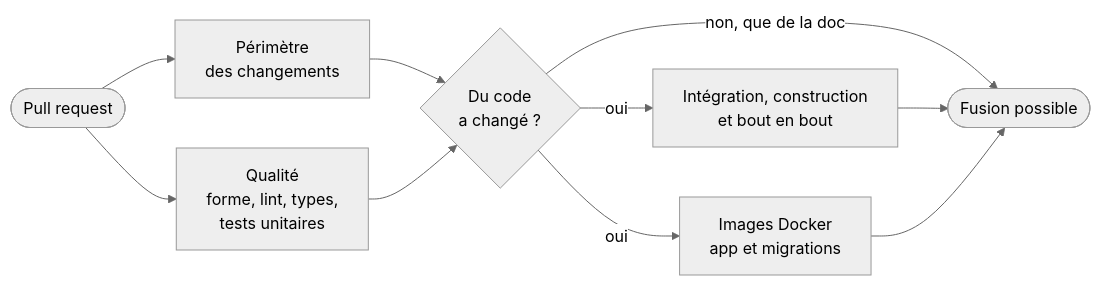
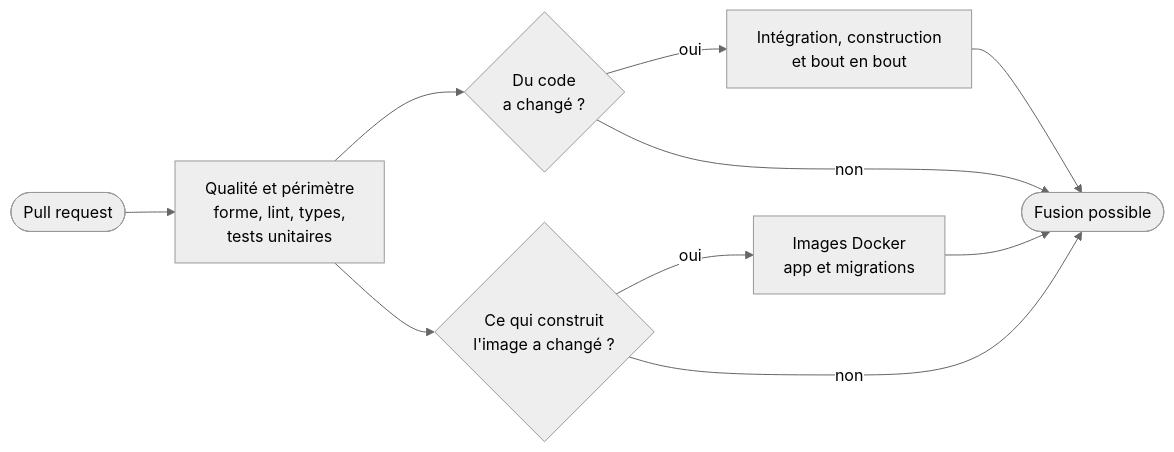
Before and after one commit to romainPerso/praxora-public: the diagram in methode/integration-continue.md, drawn with Mermaid (neutral theme). The commit also changed other lines of this file and 2 other files, not shown here.

````diff
--- a/methode/integration-continue.md
+++ b/methode/integration-continue.md
@@ -21,12 +28,12 @@
 ```mermaid
 flowchart LR
-  PR([Pull request]) --> P[Périmètre<br/>des changements]
-  PR --> Q[Qualité<br/>forme, lint, types,<br/>tests unitaires]
-  P --> B{Du code<br/>a changé ?}
-  Q --> B
+  PR([Pull request]) --> Q[Qualité et périmètre<br/>forme, lint, types,<br/>tests unitaires]
+  Q --> B{Du code<br/>a changé ?}
+  Q --> D{Ce qui construit<br/>l'image a changé ?}
   B -- oui --> E[Intégration, construction<br/>et bout en bout]
-  B -- oui --> I[Images Docker<br/>app et migrations]
-  B -- non, que de la doc --> F([Fusion possible])
+  D -- oui --> I[Images Docker<br/>app et migrations]
+  B -- non --> F([Fusion possible])
+  D -- non --> F
   E --> F
   I --> F
 ```
````
